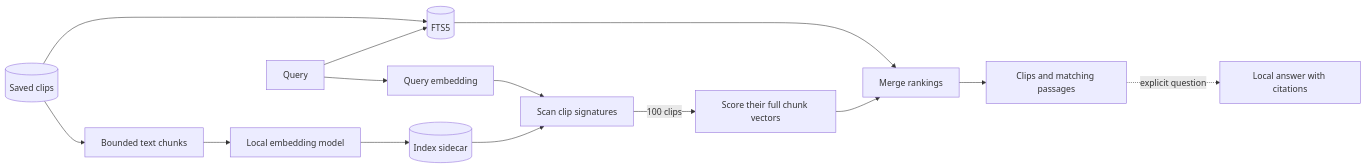
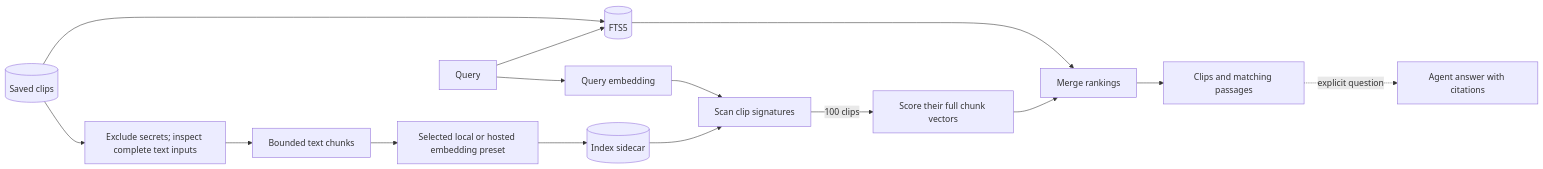
The first of 2 diagrams in docs/SEMANTIC_SEARCH_ARCHITECTURE.md (azure06/clipsx), drawn with Mermaid before and after one commit. The commit also changed other lines of this file and 199 other files, not shown here.

````diff
--- a/docs/SEMANTIC_SEARCH_ARCHITECTURE.md
+++ b/docs/SEMANTIC_SEARCH_ARCHITECTURE.md
@@ -25,16 +25,17 @@
 ```mermaid
 flowchart LR
     Clips[(Saved clips)] --> FTS[(FTS5)]
-    Clips --> Chunk[Bounded text chunks]
-    Chunk --> Embed[Local embedding model]
+    Clips --> Eligibility[Exclude secrets; inspect complete text inputs]
+    Eligibility --> Chunk[Bounded text chunks]
+    Chunk --> Embed[Selected local or hosted embedding preset]
     Embed --> Index[(Index sidecar)]
     Query[Query] --> FTS
     Query --> QE[Query embedding]
     QE --> Route[Scan clip signatures]
     Index --> Route
     Route -->|100 clips| Rerank[Score their full chunk vectors]
     FTS --> Merge[Merge rankings]
     Rerank --> Merge
     Merge --> Results[Clips and matching passages]
-    Results -. explicit question .-> Recall[Local answer with citations]
+    Results -. explicit question .-> Recall[Agent answer with citations]
 ```
````
